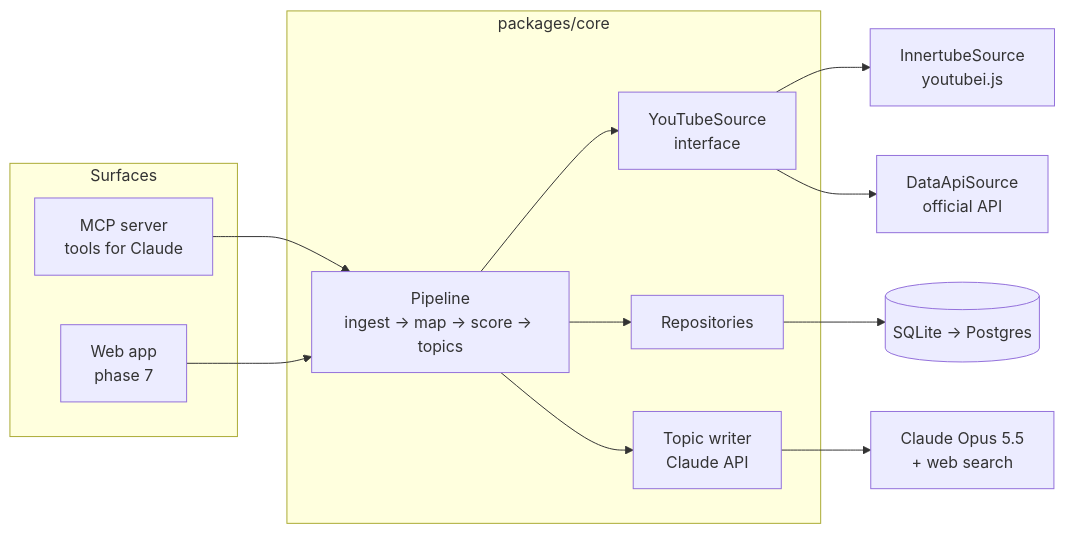
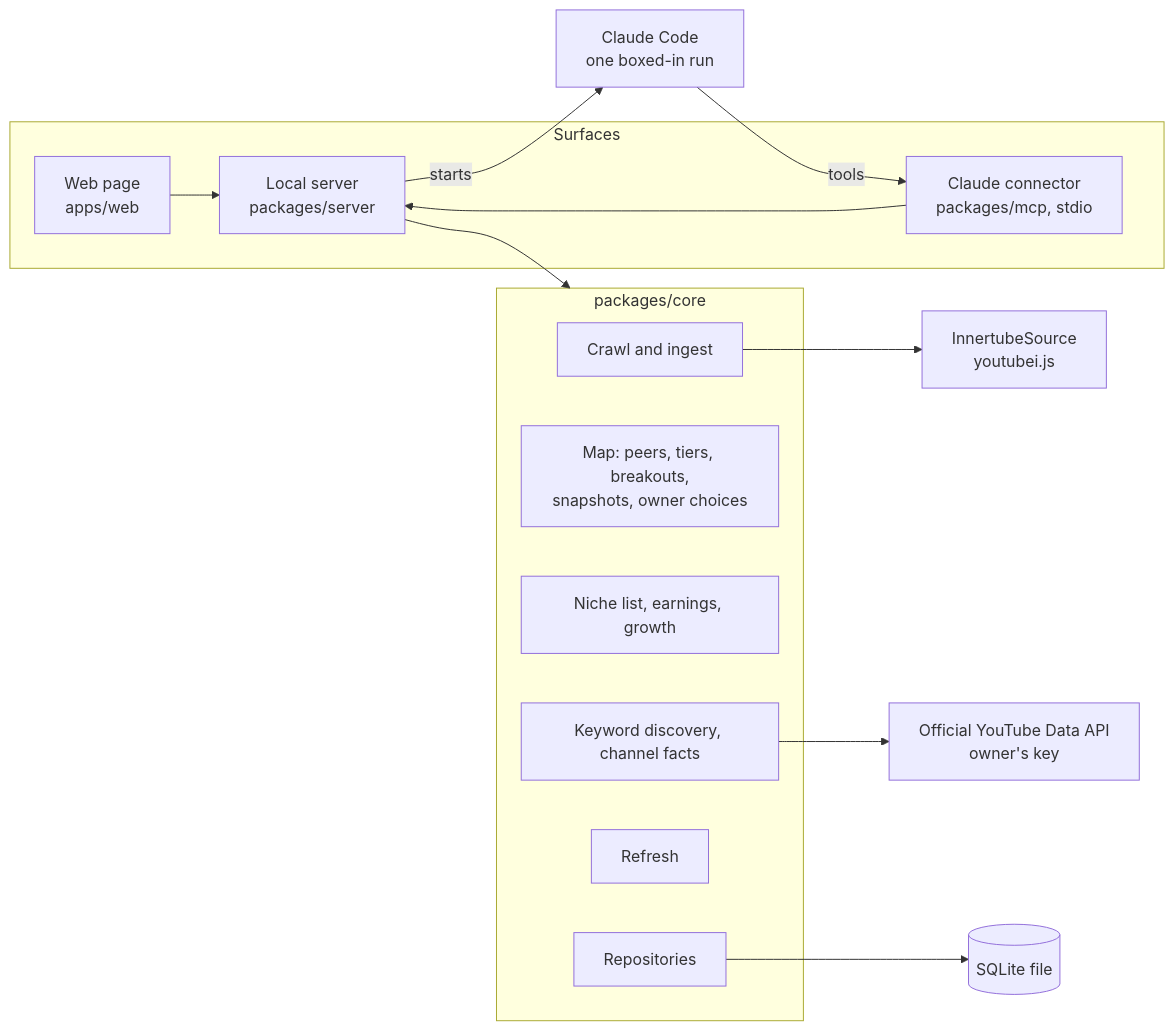
One commit to douggue/mcptest changed the diagram in docs/ARCHITECTURE.md. Above: the diagram before and after it, drawn with Mermaid. The commit also changed other lines of this file and 2 other files, not shown here.

First line of the commit message:
docs: bring the architecture, system design and task list in line with the code

````diff
--- a/docs/ARCHITECTURE.md
+++ b/docs/ARCHITECTURE.md
@@ -8,22 +10,24 @@
 ```mermaid
 flowchart LR
   subgraph Surfaces
-    MCP[MCP server<br/>tools for Claude]
-    WEB[Web app<br/>phase 7]
+    WEB[Web page<br/>apps/web]
+    SRV[Local server<br/>packages/server]
+    MCP[Claude connector<br/>packages/mcp, stdio]
   end
   subgraph Core[packages/core]
-    PIPE[Pipeline<br/>ingest → map → score → topics]
-    SRC[YouTubeSource<br/>interface]
+    CRAWL[Crawl and ingest]
+    MAP[Map: peers, tiers, breakouts,<br/>snapshots, owner choices]
+    NICHE[Niche list, earnings, growth]
+    DISC[Keyword discovery, channel facts]
+    REF[Refresh]
     REPO[Repositories]
-    LLM[Topic writer<br/>Claude API]
   end
-  MCP --> PIPE
-  WEB --> PIPE
-  PIPE --> SRC
-  PIPE --> REPO
-  PIPE --> LLM
-  SRC --> IT[InnertubeSource<br/>youtubei.js]
-  SRC --> DA[DataApiSource<br/>official API]
-  REPO --> DB[(SQLite → Postgres)]
-  LLM --> CL[Claude Opus 5.5<br/>+ web search]
+  WEB --> SRV
+  SRV --> Core
+  MCP --> SRV
+  SRV -- starts --> CC[Claude Code<br/>one boxed-in run]
+  CC -- tools --> MCP
+  CRAWL --> IT[InnertubeSource<br/>youtubei.js]
+  DISC --> DA[Official YouTube Data API<br/>owner's key]
+  REPO --> DB[(SQLite file)]
 ```
````
